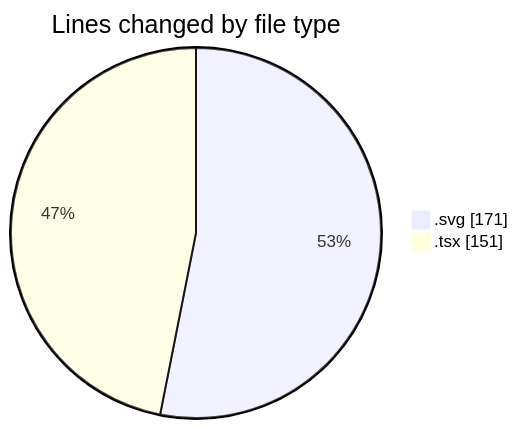
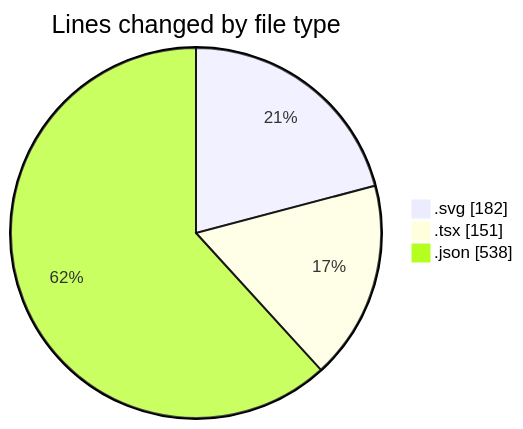
Before and after one commit to EIIisD/code-tracking: the first of 2 diagrams in 2025-08-06/tw-server/README.md, drawn with Mermaid. The commit also changed other lines of this file and 1 other file, not shown here.

````diff
--- a/2025-08-06/tw-server/README.md
+++ b/2025-08-06/tw-server/README.md
@@ -22,6 +23,7 @@
 ```mermaid
 pie showData
 title Lines changed by file type
-".svg" : 171
+".svg" : 182
 ".tsx" : 151
+".json" : 538
 ```
````
